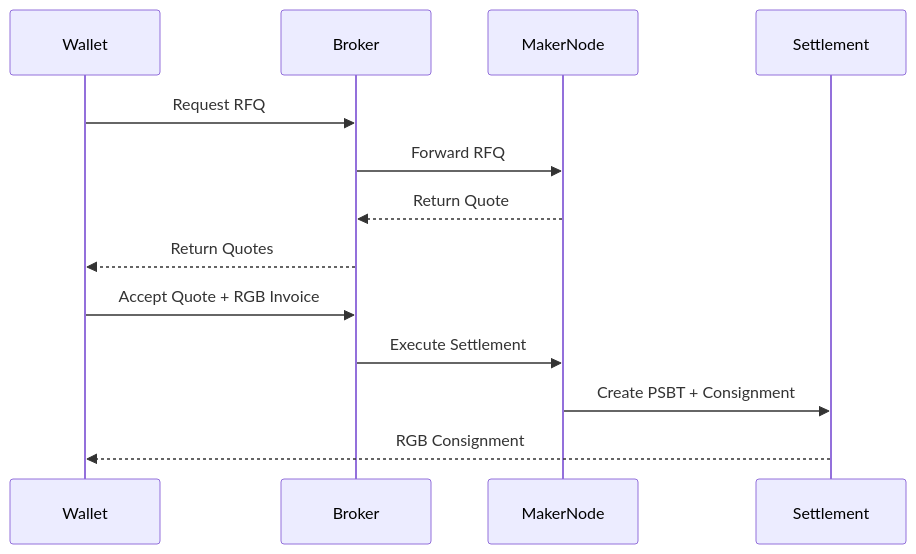
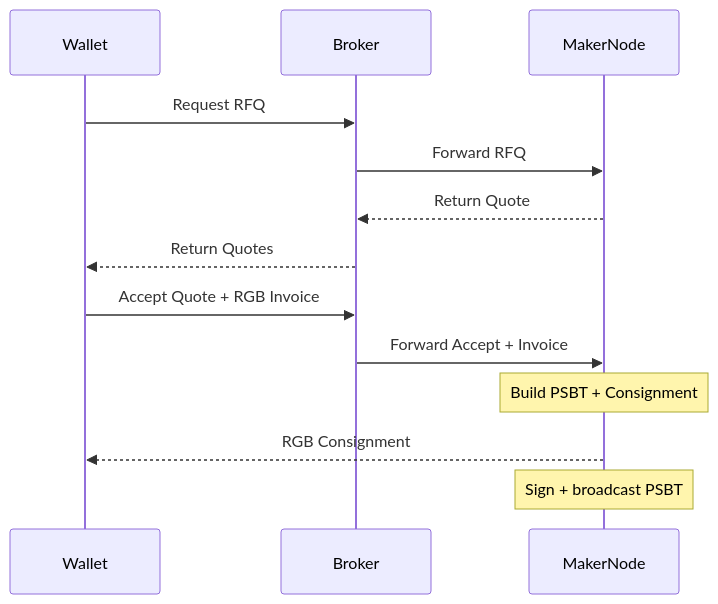
Before and after one commit to pxr64/rgb-proposal: the diagram in README.md, drawn with Mermaid. The commit also changed other lines of this file and 3 other files, not shown here.

````diff
--- a/README.md
+++ b/README.md
@@ -50,19 +44,18 @@
 ```mermaid
 sequenceDiagram
     participant Wallet
     participant Broker
     participant MakerNode
-    participant Settlement
 
     Wallet->>Broker: Request RFQ
     Broker->>MakerNode: Forward RFQ
     MakerNode-->>Broker: Return Quote
     Broker-->>Wallet: Return Quotes
 
     Wallet->>Broker: Accept Quote + RGB Invoice
-    Broker->>MakerNode: Execute Settlement
+    Broker->>MakerNode: Forward Accept + Invoice
 
-    MakerNode->>Settlement: Create PSBT + Consignment
-
-    Settlement-->>Wallet: RGB Consignment
+    Note over MakerNode: Build PSBT + Consignment
+    MakerNode-->>Wallet: RGB Consignment
+    Note over MakerNode: Sign + broadcast PSBT
 ```
````
